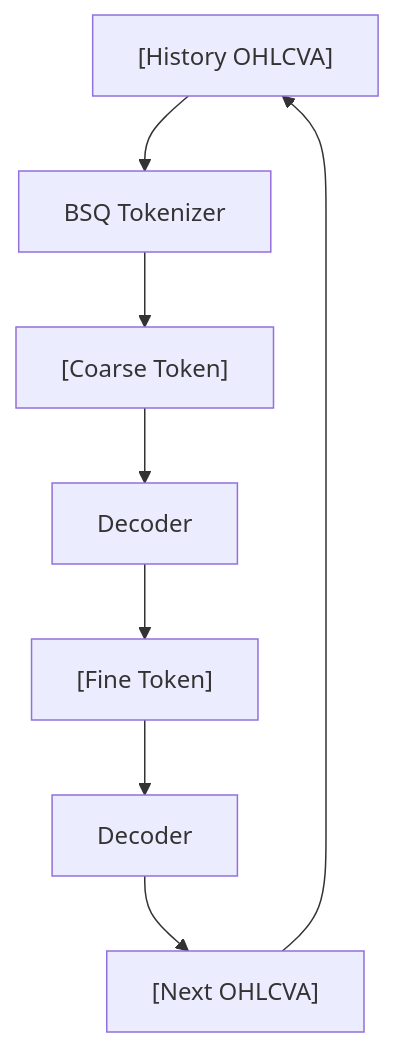
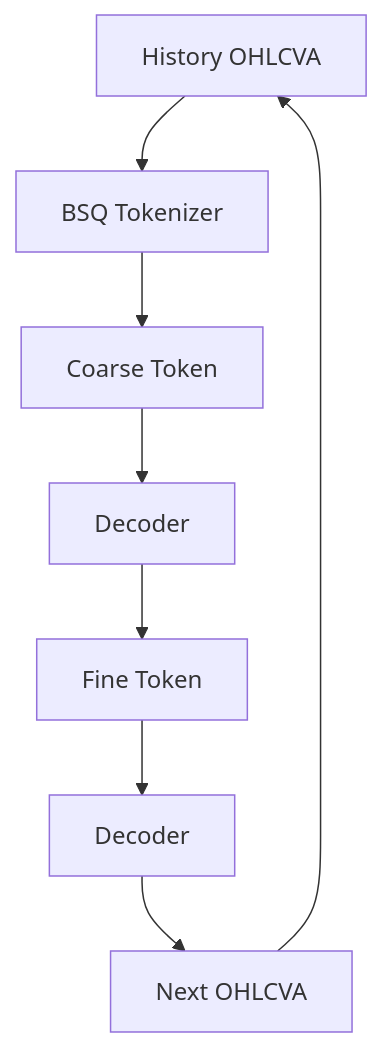
Before and after one commit to sou350121/Trading-Handbook: the diagram in foundations/time-series-forecasting/kronos.md, drawn with Mermaid. The commit also changed other lines of this file and 191 other files, not shown here.

First line of the commit message:
render: fix math + mermaid for GitHub across the corpus (188 pages)

````diff
--- a/foundations/time-series-forecasting/kronos.md
+++ b/foundations/time-series-forecasting/kronos.md
@@ -32,10 +32,10 @@
 ```mermaid
 flowchart TD
-    A["[History OHLCVA]"] --> B["BSQ Tokenizer"]
-    B --> C["[Coarse Token]"]
+    A["History OHLCVA"] --> B["BSQ Tokenizer"]
+    B --> C["Coarse Token"]
     C --> D["Decoder"]
-    D --> E["[Fine Token]"]
+    D --> E["Fine Token"]
     E --> F["Decoder"]
-    F --> G["[Next OHLCVA]"]
+    F --> G["Next OHLCVA"]
     G --> A
 ```
````
